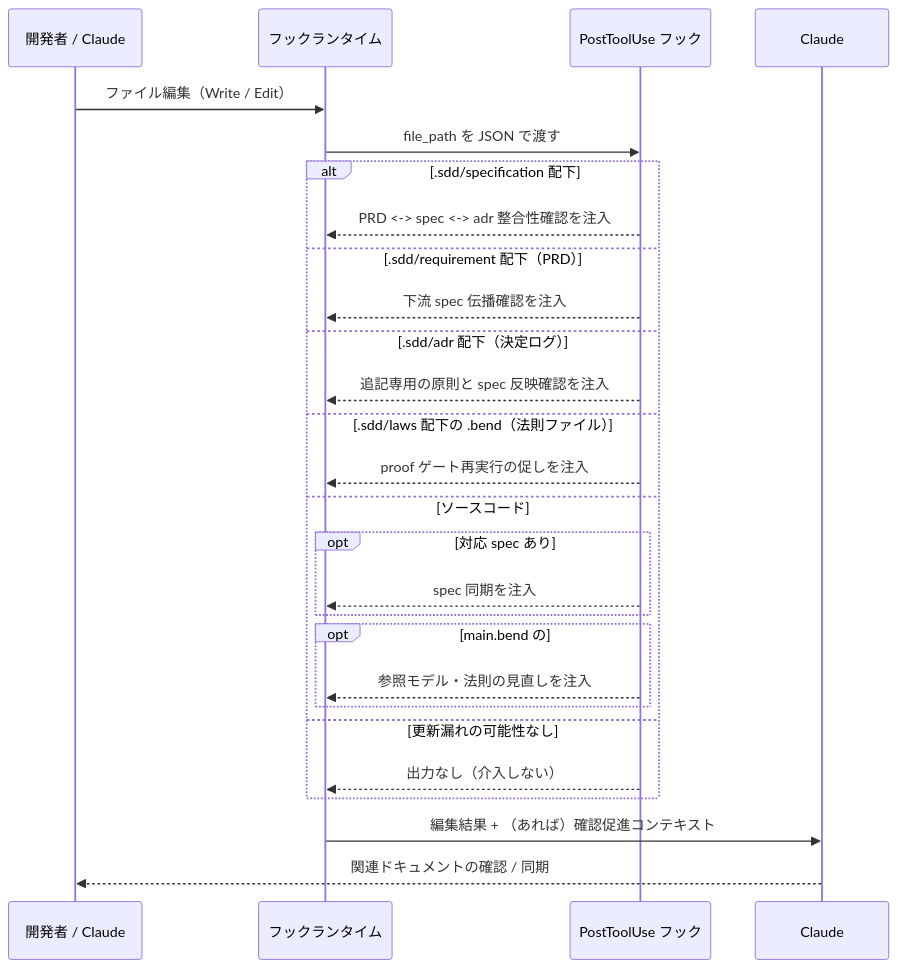
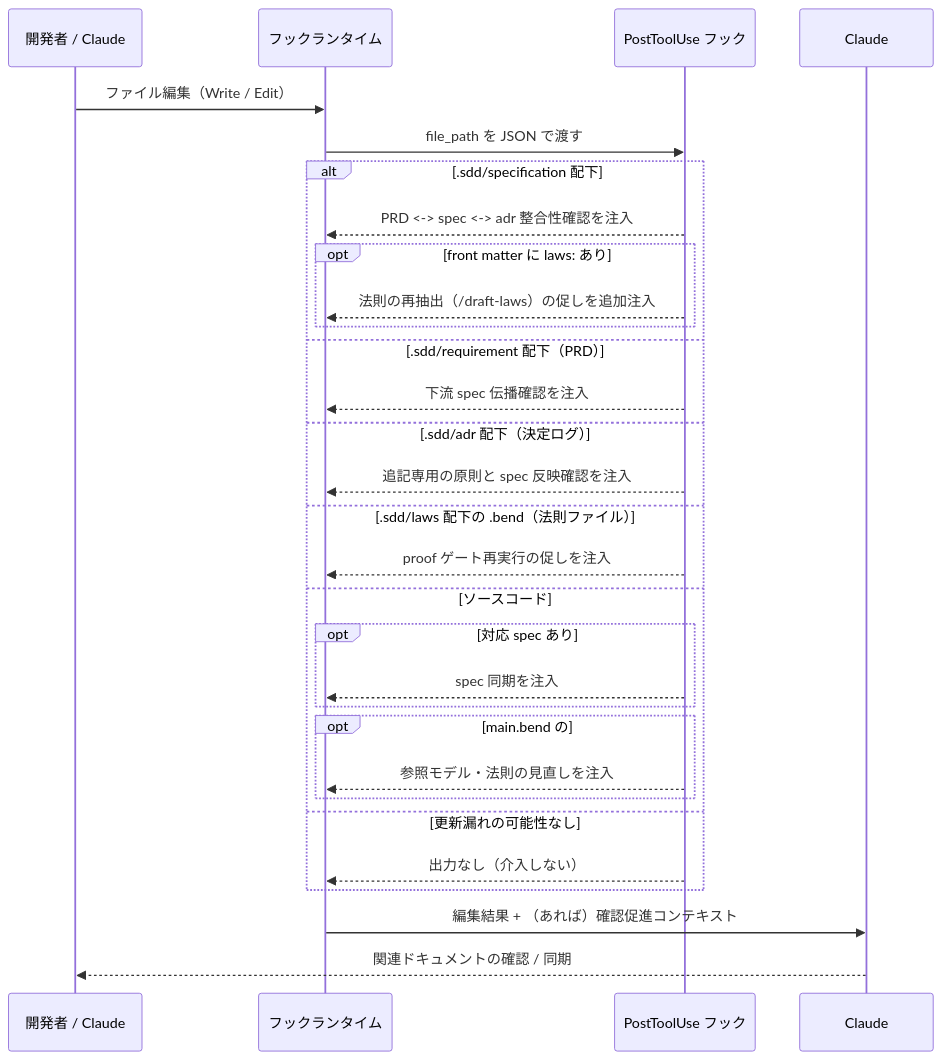
Before and after one commit to ToshikiImagawa/ai-sdd-workflow-dev: the diagram in .sdd/specification/quality-guardrails/stale-doc-detection_spec.md, drawn with Mermaid. The commit also changed other lines of this file and 3 other files, not shown here.

First line of the commit message:
[update] #173 laws-drafting: 関連 spec の追従と README の /draft-laws 説明 (#178)

````diff
--- a/.sdd/specification/quality-guardrails/stale-doc-detection_spec.md
+++ b/.sdd/specification/quality-guardrails/stale-doc-detection_spec.md
@@ -164,30 +171,33 @@
 ```mermaid
 sequenceDiagram
     participant User as 開発者 / Claude
     participant Runtime as フックランタイム
     participant Hook as PostToolUse フック
     participant Claude as Claude
 
     User ->> Runtime: ファイル編集（Write / Edit）
     Runtime ->> Hook: file_path を JSON で渡す
     alt .sdd/specification 配下
         Hook -->> Runtime: PRD <-> spec <-> adr 整合性確認を注入
+        opt front matter に laws: あり
+            Hook -->> Runtime: 法則の再抽出（/draft-laws）の促しを追加注入
+        end
     else .sdd/requirement 配下（PRD）
         Hook -->> Runtime: 下流 spec 伝播確認を注入
     else .sdd/adr 配下（決定ログ）
         Hook -->> Runtime: 追記専用の原則と spec 反映確認を注入
     else .sdd/laws 配下の .bend（法則ファイル）
         Hook -->> Runtime: proof ゲート再実行の促しを注入
     else ソースコード
         opt 対応 spec あり
             Hook -->> Runtime: spec 同期を注入
         end
         opt main.bend の # model-of: に一致
             Hook -->> Runtime: 参照モデル・法則の見直しを注入
         end
     else 更新漏れの可能性なし
         Hook -->> Runtime: 出力なし（介入しない）
     end
     Runtime ->> Claude: 編集結果 + （あれば）確認促進コンテキスト
     Claude -->> User: 関連ドキュメントの確認 / 同期
 ```
````
